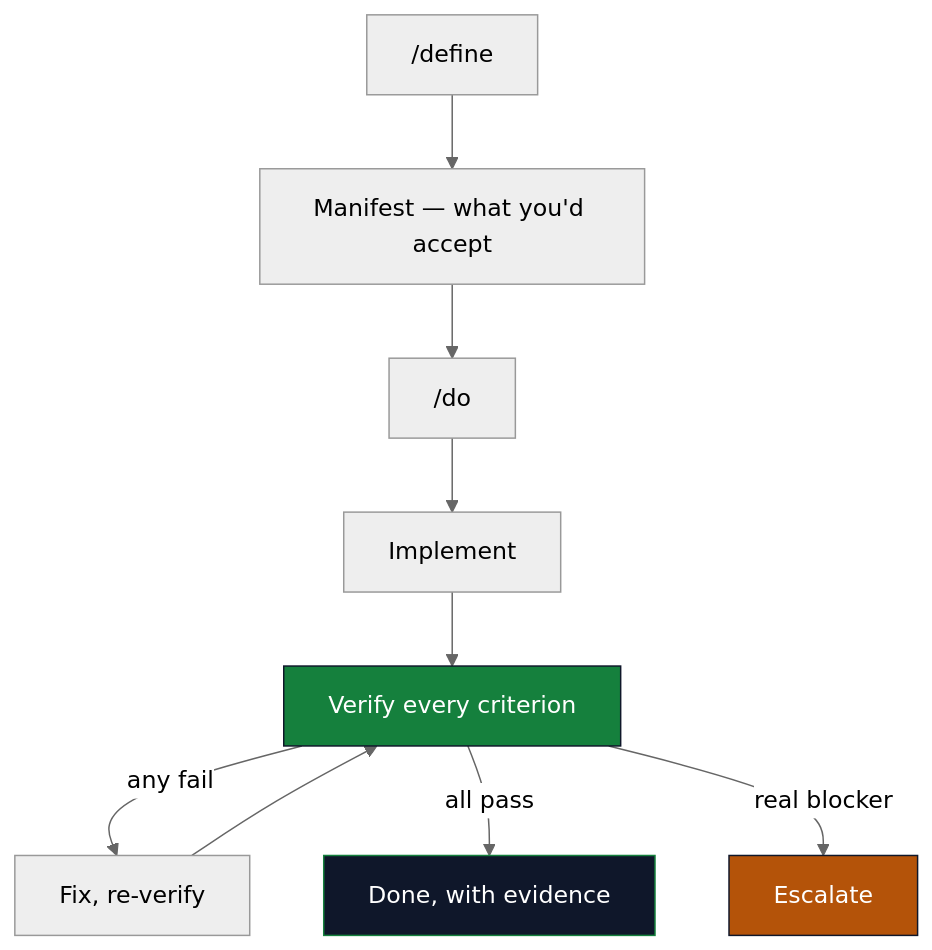
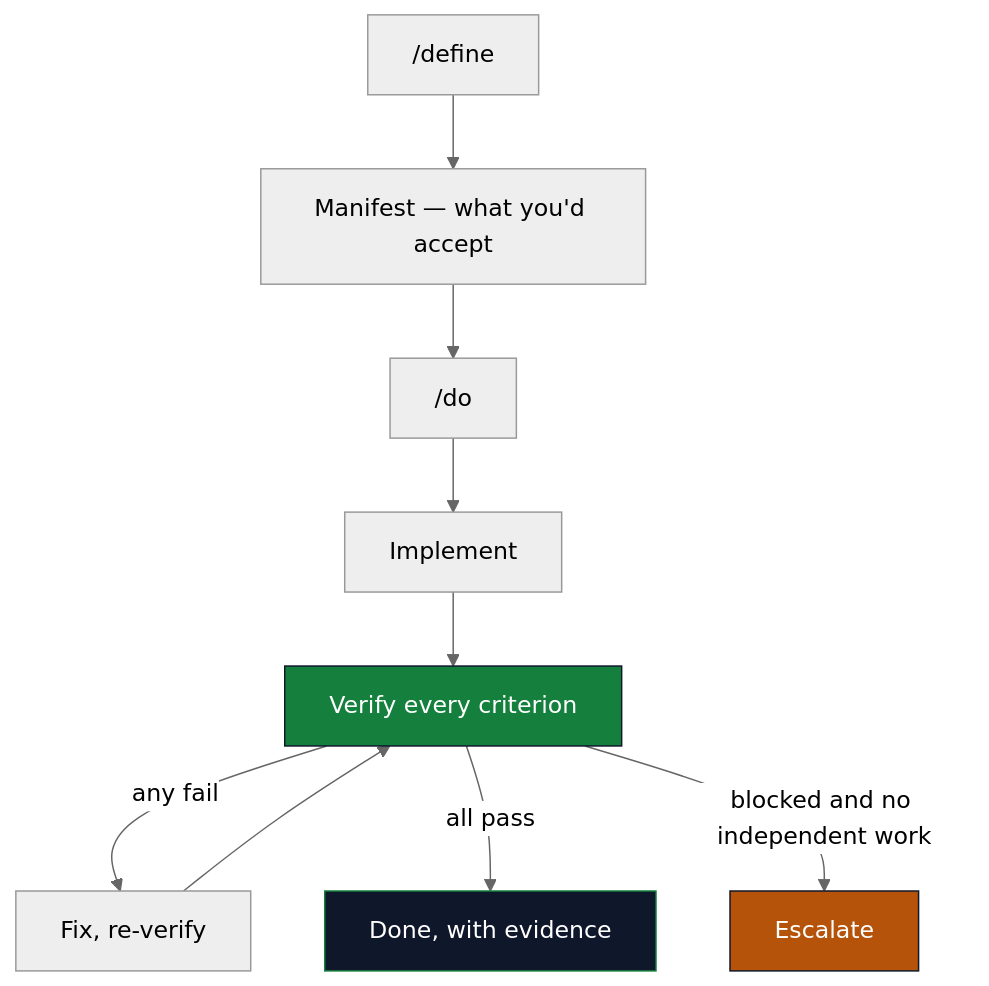
One commit to doodledood/manifest-dev changed the diagram in README.md. Above: the diagram before and after it, drawn with Mermaid (neutral theme). The commit also changed other lines of this file and 41 other files, not shown here.

````diff
--- a/README.md
+++ b/README.md
@@ -64,17 +64,17 @@
 ```mermaid
 flowchart TD
     A["/define"] --> B["Manifest — what you'd accept"]
     B --> C["/do"]
     C --> D["Implement"]
     D --> E["Verify every criterion"]
     E -->|any fail| F["Fix, re-verify"]
     F --> E
     E -->|all pass| G["Done, with evidence"]
-    E -->|real blocker| H["Escalate"]
+    E -->|blocked and no independent work| H["Escalate"]
     classDef gate fill:#15803D,stroke:#0F172A,color:#FFFFFF;
     classDef done fill:#0F172A,stroke:#15803D,color:#FFFFFF;
     classDef stop fill:#B45309,stroke:#0F172A,color:#FFFFFF;
     class E gate;
     class G done;
     class H stop;
 ```
````
